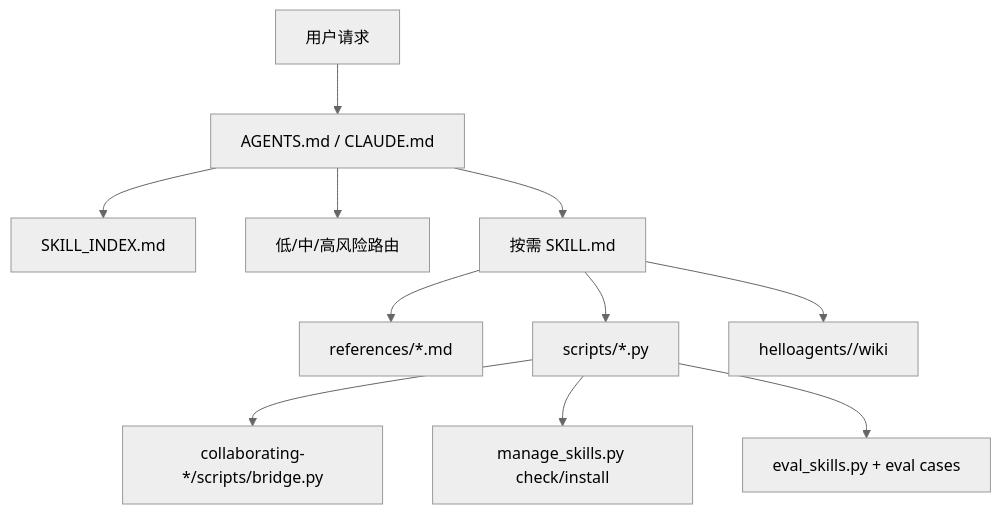
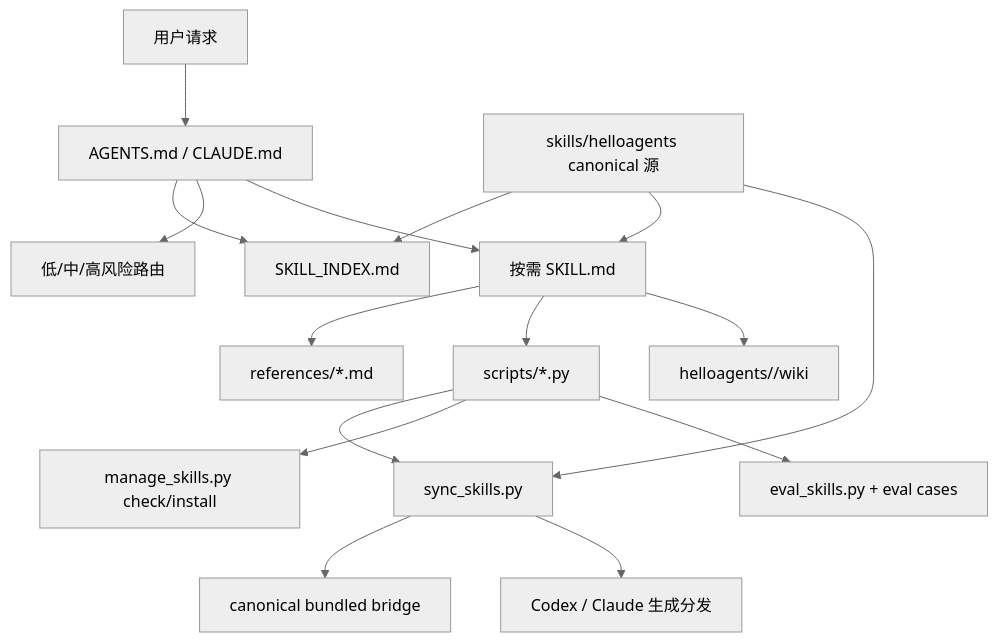
One commit to zcw199604/helloagents changed the diagram in helloagents/1.x/wiki/arch.md. Above: the diagram before and after it, drawn with Mermaid (neutral theme). The commit also changed other lines of this file and 71 other files, not shown here.

````diff
--- a/helloagents/1.x/wiki/arch.md
+++ b/helloagents/1.x/wiki/arch.md
@@ -5,13 +5,18 @@
 ```mermaid
 flowchart TD
   User["用户请求"] --> Bootstrap["AGENTS.md / CLAUDE.md"]
   Bootstrap --> SkillIndex["SKILL_INDEX.md"]
   Bootstrap --> Risk["低/中/高风险路由"]
-  Bootstrap --> Skill["按需 SKILL.md"]
+  Source["skills/helloagents canonical 源"] --> SkillIndex
+  Source --> Skill["按需 SKILL.md"]
+  Bootstrap --> Skill
   Skill --> References["references/*.md"]
   Skill --> Scripts["scripts/*.py"]
-  Scripts --> Bundled["collaborating-*/scripts/bridge.py"]
+  Scripts --> Sync["sync_skills.py"]
+  Sync --> Bundled["canonical bundled bridge"]
+  Source --> Sync
+  Sync --> Dist["Codex / Claude 生成分发"]
   Scripts --> Install["manage_skills.py check/install"]
   Scripts --> Eval["eval_skills.py + eval cases"]
   Skill --> KB["helloagents/<branch>/wiki"]
 ```
````
